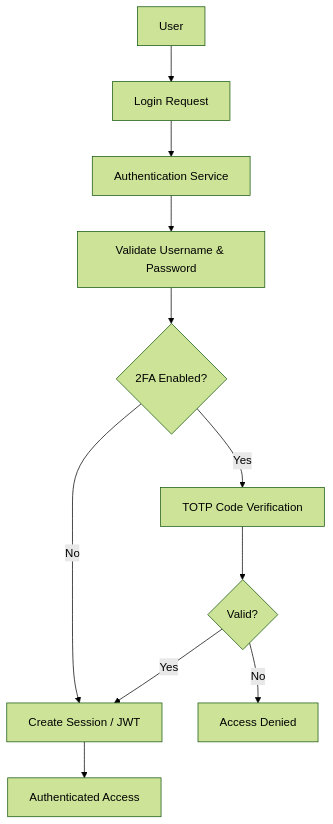
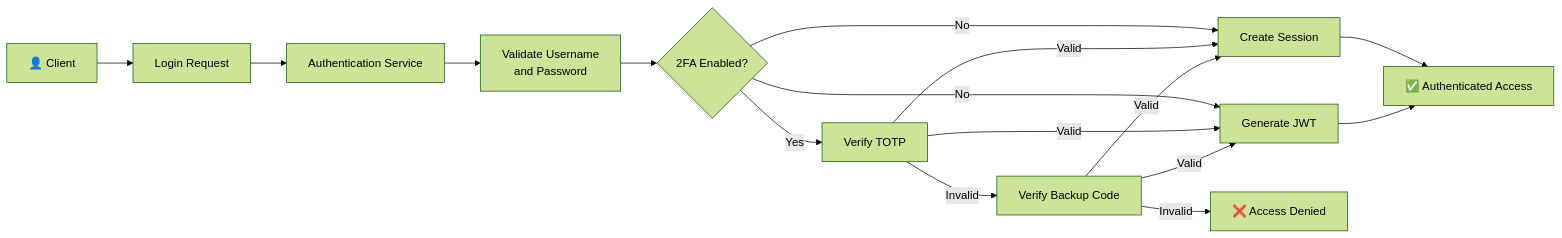
Before and after one commit to MotionPrograming/AuthorizationManagementSystem: the second of 29 diagrams in README.md, drawn with Mermaid (forest theme). The commit also changed other lines of this file and 33 other files, not shown here.

Commit message:
feat(auth): implement 2FA controller, TOTP provider, and backup codes~

`````diff
--- a/README.md
+++ b/README.md
@@ -72,22 +95,43 @@
 ```mermaid
-flowchart TD
+flowchart LR
 
-    A[User] --> B[Login Request]
+    CLIENT["👤 Client"]
 
-    B --> C[Authentication Service]
+    LOGIN["Login Request"]
 
-    C --> D[Validate Username & Password]
+    AUTH["Authentication Service"]
 
-    D --> E{2FA Enabled?}
+    CRED["Validate Username<br/>and Password"]
 
-    E -->|No| F[Create Session / JWT]
+    CHECK{"2FA Enabled?"}
 
-    E -->|Yes| G[TOTP Code Verification]
+    SESSION["Create Session"]
+    JWT["Generate JWT"]
 
-    G --> H{Valid?}
+    TOTP["Verify TOTP"]
+    BACKUP["Verify Backup Code"]
 
-    H -->|Yes| F
-    H -->|No| I[Access Denied]
+    ACCESS["✅ Authenticated Access"]
+    DENIED["❌ Access Denied"]
 
-    F --> J[Authenticated Access]
-````
+    CLIENT --> LOGIN
+    LOGIN --> AUTH
+    AUTH --> CRED
+    CRED --> CHECK
+
+    CHECK -->|No| SESSION
+    CHECK -->|No| JWT
+
+    CHECK -->|Yes| TOTP
+
+    TOTP -->|Valid| SESSION
+    TOTP -->|Valid| JWT
+    TOTP -->|Invalid| BACKUP
+
+    BACKUP -->|Valid| SESSION
+    BACKUP -->|Valid| JWT
+    BACKUP -->|Invalid| DENIED
+
+    SESSION --> ACCESS
+    JWT --> ACCESS
+```
`````
